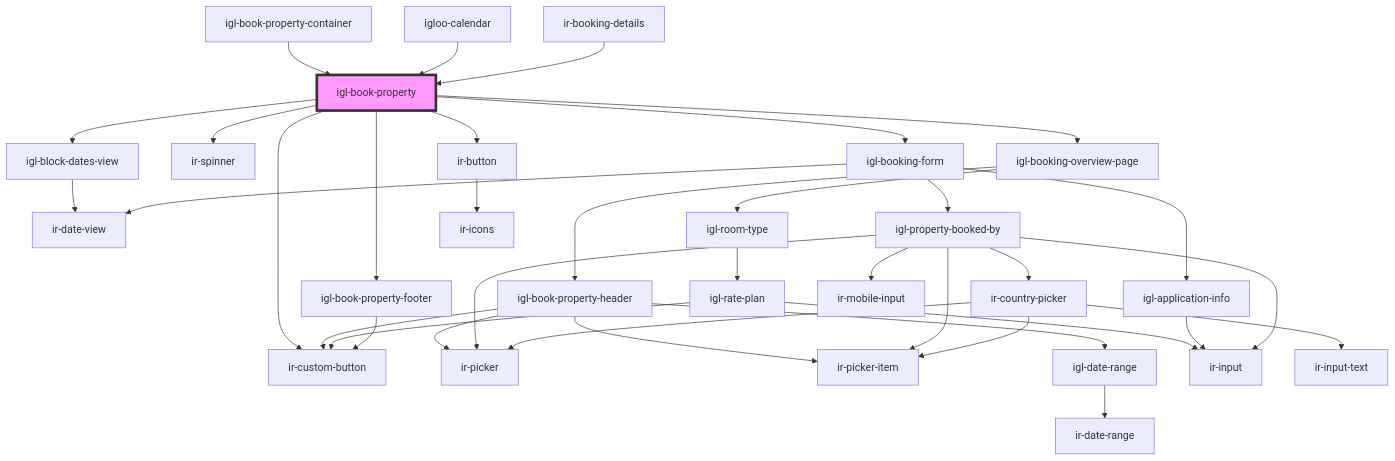
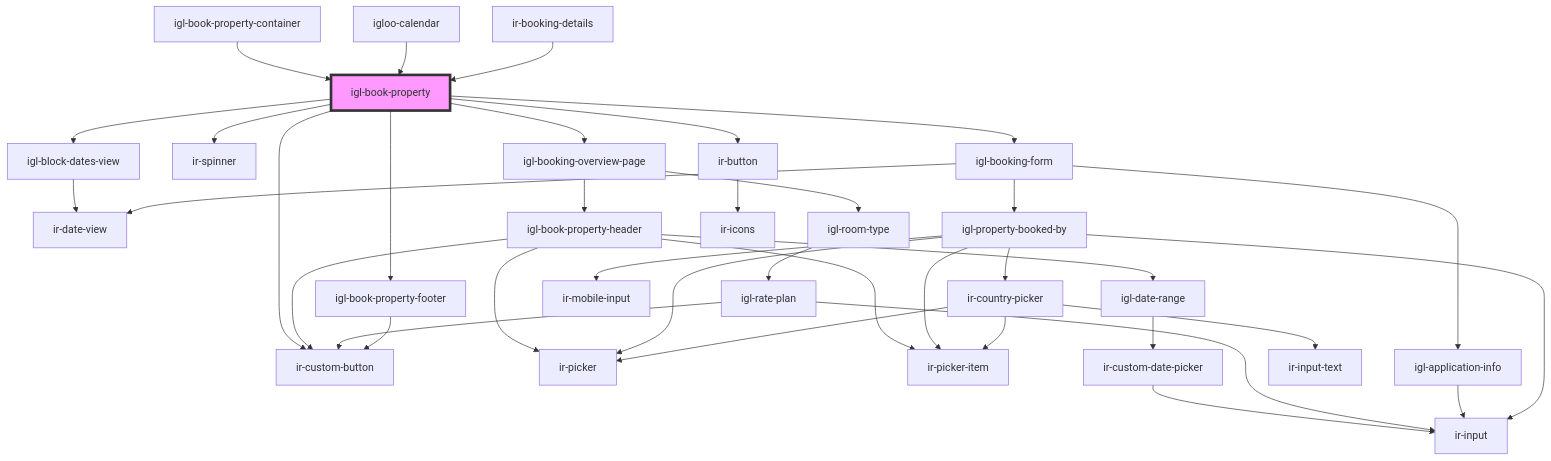
The diagram in src/components/igloo-calendar/igl-book-property/readme.md (David1Chowaifaty/modified-ir-webcmp), drawn with Mermaid before and after one commit. The commit also changed 19 other files, not shown here.

Commit message:
Comment out the renderDateSummary method in IglDateRange component to disable date summary rendering temporarily. This change is part of ongoing refactoring efforts for improved date management.

````diff
--- a/src/components/igloo-calendar/igl-book-property/readme.md
+++ b/src/components/igloo-calendar/igl-book-property/readme.md
@@ -53,39 +53,40 @@
 ```mermaid
 graph TD;
   igl-book-property --> igl-block-dates-view
   igl-book-property --> ir-spinner
   igl-book-property --> ir-custom-button
   igl-book-property --> igl-booking-overview-page
   igl-book-property --> igl-booking-form
   igl-book-property --> ir-button
   igl-book-property --> igl-book-property-footer
   igl-block-dates-view --> ir-date-view
   igl-booking-overview-page --> igl-book-property-header
   igl-booking-overview-page --> igl-room-type
   igl-book-property-header --> ir-picker
   igl-book-property-header --> ir-picker-item
   igl-book-property-header --> ir-custom-button
   igl-book-property-header --> igl-date-range
-  igl-date-range --> ir-date-range
+  igl-date-range --> ir-custom-date-picker
+  ir-custom-date-picker --> ir-input
   igl-room-type --> igl-rate-plan
   igl-rate-plan --> ir-input
   igl-rate-plan --> ir-custom-button
   igl-booking-form --> ir-date-view
   igl-booking-form --> igl-application-info
   igl-booking-form --> igl-property-booked-by
   igl-application-info --> ir-input
   igl-property-booked-by --> ir-picker
   igl-property-booked-by --> ir-picker-item
   igl-property-booked-by --> ir-input
   igl-property-booked-by --> ir-country-picker
   igl-property-booked-by --> ir-mobile-input
   ir-country-picker --> ir-picker
   ir-country-picker --> ir-picker-item
   ir-country-picker --> ir-input-text
   ir-button --> ir-icons
   igl-book-property-footer --> ir-custom-button
   igl-book-property-container --> igl-book-property
   igloo-calendar --> igl-book-property
   ir-booking-details --> igl-book-property
   style igl-book-property fill:#f9f,stroke:#333,stroke-width:4px
 ```
````
